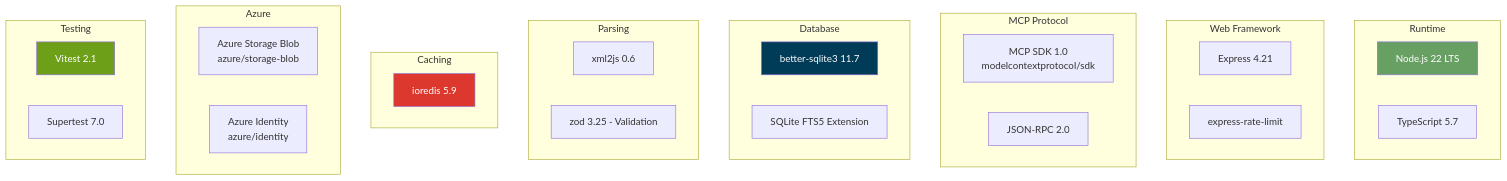
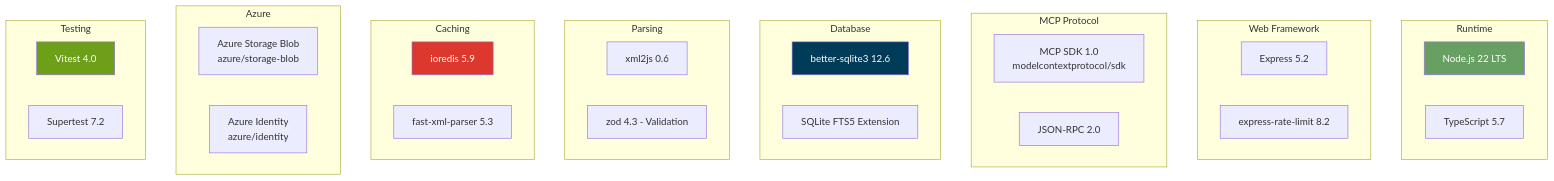
One commit to dynamics365ninja/d365fo-mcp-server changed diagram 15 of 16 in docs/ARCHITECTURE.md. Above: the diagram before and after it, drawn with Mermaid. The commit also changed other lines of this file and 11 other files, not shown here.

````diff
--- a/docs/ARCHITECTURE.md
+++ b/docs/ARCHITECTURE.md
@@ -650,46 +661,47 @@
 ```mermaid
 graph TB
     subgraph "Runtime"
         NODE[Node.js 22 LTS]
         TS[TypeScript 5.7]
     end
 
     subgraph "Web Framework"
-        EXPRESS[Express 4.21]
-        RATE_LIM[express-rate-limit]
+        EXPRESS[Express 5.2]
+        RATE_LIM[express-rate-limit 8.2]
     end
 
     subgraph "MCP Protocol"
         SDK[MCP SDK 1.0<br/>modelcontextprotocol/sdk]
         JSONRPC[JSON-RPC 2.0]
     end
 
     subgraph "Database"
-        SQLITE[better-sqlite3 11.7]
+        SQLITE[better-sqlite3 12.6]
         FTS[SQLite FTS5 Extension]
     end
 
     subgraph "Parsing"
         XML[xml2js 0.6]
-        ZOD[zod 3.25 - Validation]
+        ZOD[zod 4.3 - Validation]
     end
 
     subgraph "Caching"
         REDIS[ioredis 5.9]
+        FAST_XML[fast-xml-parser 5.3]
     end
 
     subgraph "Azure"
         BLOB[Azure Storage Blob<br/>azure/storage-blob]
         IDENTITY[Azure Identity<br/>azure/identity]
     end
 
     subgraph "Testing"
-        VIT[Vitest 2.1]
-        SUPER_T[Supertest 7.0]
+        VIT[Vitest 4.0]
+        SUPER_T[Supertest 7.2]
     end
 
     style NODE fill:#68A063,color:#fff
     style SQLITE fill:#003B57,color:#fff
     style REDIS fill:#DC382D,color:#fff
     style VIT fill:#6E9F18,color:#fff
 ```
````
